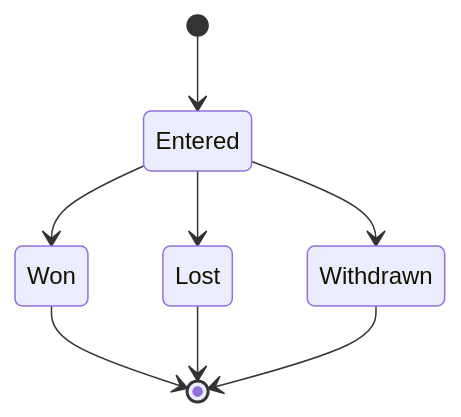
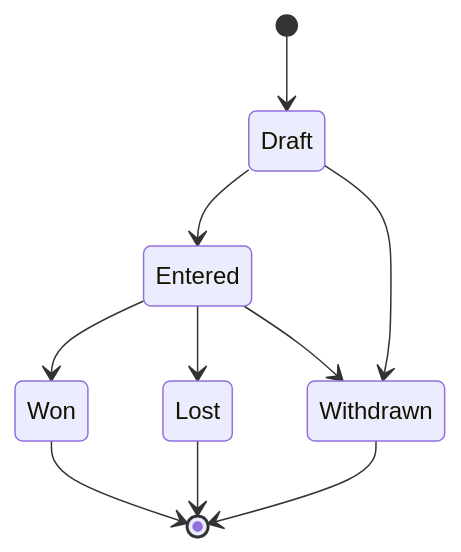
The second of 2 diagrams in openspec/changes/unify-ticket-sales/specs/components/entity/lottery-entry/spec.md (liverty-music/specification), drawn with Mermaid before and after one commit. The commit also changed other lines of this file and 190 other files, not shown here.

````diff
--- a/openspec/changes/unify-ticket-sales/specs/components/entity/lottery-entry/spec.md
+++ b/openspec/changes/unify-ticket-sales/specs/components/entity/lottery-entry/spec.md
@@ -24,10 +24,12 @@
 ```mermaid
 stateDiagram-v2
-  [*] --> Entered
+  [*] --> Draft
+  Draft --> Entered
+  Draft --> Withdrawn
   Entered --> Won
   Entered --> Lost
   Entered --> Withdrawn
   Won --> [*]
   Lost --> [*]
   Withdrawn --> [*]
 ```
````
